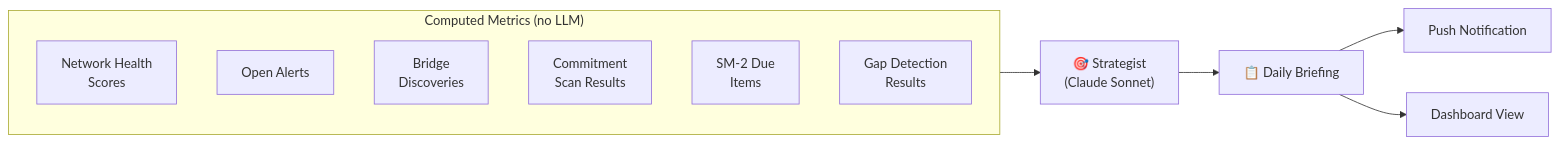
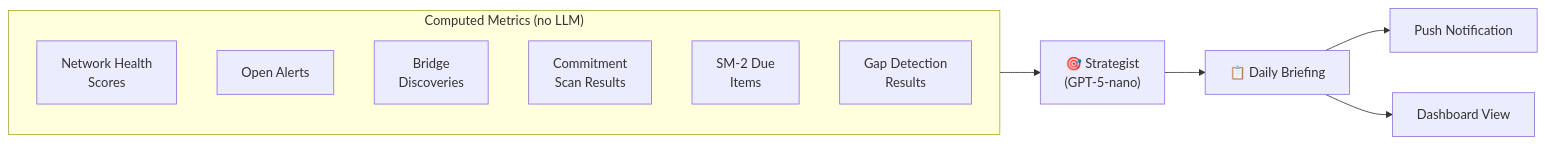
Before and after one commit to dorycui007/Memora: the eighth of 10 diagrams in ARCHITECTURE.md, drawn with Mermaid. The commit also changed other lines of this file and 1 other file, not shown here.

Commit message:
Update architecture and lecture documentation

````diff
--- a/ARCHITECTURE.md
+++ b/ARCHITECTURE.md
@@ -1218,17 +1206,17 @@
 ```mermaid
 flowchart LR
     subgraph Inputs["Computed Metrics (no LLM)"]
         H["Network Health<br/>Scores"]
         A["Open Alerts"]
         B["Bridge<br/>Discoveries"]
         C["Commitment<br/>Scan Results"]
         SR["SM-2 Due<br/>Items"]
         G["Gap Detection<br/>Results"]
     end
 
-    Inputs --> Strategist["🎯 Strategist<br/>(Claude Sonnet)"]
+    Inputs --> Strategist["🎯 Strategist<br/>(GPT-5-nano)"]
     Strategist --> Briefing["📋 Daily Briefing"]
 
     Briefing --> Push["Push Notification"]
     Briefing --> Dashboard["Dashboard View"]
 ```
````
